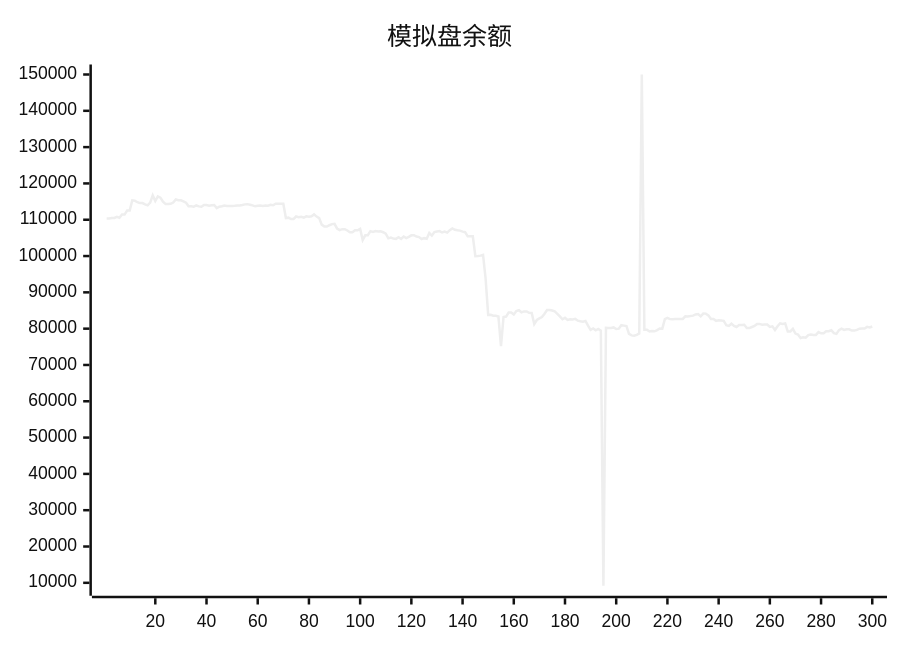
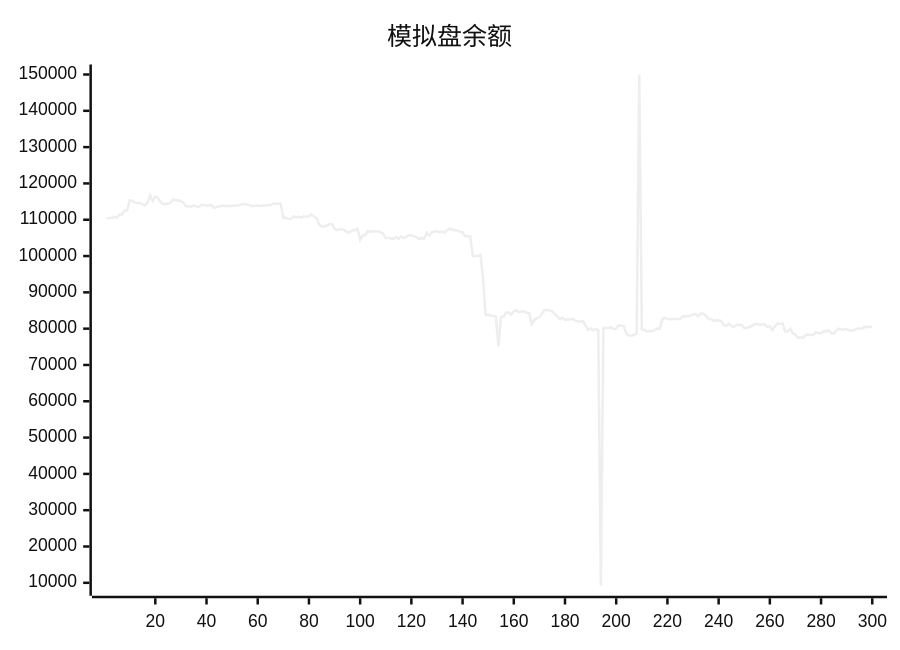
The diagram in README.md (aahl/ai-trading), drawn with Mermaid (neutral theme) before and after one commit. The commit also changed other lines of this file and 1 other file, not shown here.

````diff
--- a/README.md
+++ b/README.md
@@ -5,5 +5,5 @@
 ```mermaid
 xychart
     title "模拟盘余额"
-    line [110342,110342,110488,110488,110814,110531,111421,111421,112518,112522,115341,115266,114830,114584,114588,114231,113973,114726,116697,115160,116423,116083,114950,114365,114365,114388,114730,115582,115358,115358,115032,114686,113688,113688,113610,113930,113672,113585,114083,114074,113840,113996,114051,113208,113593,113701,113901,113794,113784,113810,113848,113927,113929,114064,114232,114293,114144,113960,113698,113853,113942,113812,113908,113877,114091,113998,114427,114422,114384,114384,110477,110576,110198,110198,110890,110712,110812,110569,110929,110847,110968,111478,110870,110433,108661,108116,108115,108485,108797,108877,107536,107134,107393,107393,107046,106565,106565,107081,107081,107478,104404,105715,105749,106866,106651,106889,106771,106816,106565,106141,104876,105103,104796,104734,105169,104690,105380,104941,105272,105709,105739,105374,105227,104691,104924,104762,106364,105628,106608,106748,106872,106485,106721,106468,107132,107620,107224,107080,107001,106717,106567,105431,105431,105440,99950,100017,100113,100337,93749,83795,83807,83567,83567,83342,75168,83222,83336,84448,84449,83896,84839,85065,84499,84757,84757,84364,84347,81254,82385,82835,83184,84099,85150,85150,85002,84751,84096,83356,82582,82983,82404,82572,82512,82688,82200,82047,81920,82125,80840,79688,80060,79552,79920,79470,9193,80236,80208,80170,80336,79894,80006,80954,80837,80712,78561,78139,78037,78293,78682,150000,79720,79720,79214,79372,79279,79591,80046,79993,82625,82950,82626,82571,82633,82670,82670,82681,83386,83378,83464,83579,83920,84037,83402,84160,84142,83652,82655,82655,82145,82315,82243,82163,80934,80770,81371,80742,80468,80989,80989,81067,80191,80155,80450,80737,81309,81309,81106,81119,81119,80471,80631,79624,80670,81448,81290,81429,79212,79222,79940,78643,78380,77432,77623,77504,78235,78358,78284,78277,79048,78714,78714,79290,79308,79567,78763,78563,79603,79988,79652,79813,79813,79476,79469,79673,79995,80015,80015,80486,80314,80600]
+    line [110342,110488,110488,110814,110531,111421,111421,112518,112522,115341,115266,114830,114584,114588,114231,113973,114726,116697,115160,116423,116083,114950,114365,114365,114388,114730,115582,115358,115358,115032,114686,113688,113688,113610,113930,113672,113585,114083,114074,113840,113996,114051,113208,113593,113701,113901,113794,113784,113810,113848,113927,113929,114064,114232,114293,114144,113960,113698,113853,113942,113812,113908,113877,114091,113998,114427,114422,114384,114384,110477,110576,110198,110198,110890,110712,110812,110569,110929,110847,110968,111478,110870,110433,108661,108116,108115,108485,108797,108877,107536,107134,107393,107393,107046,106565,106565,107081,107081,107478,104404,105715,105749,106866,106651,106889,106771,106816,106565,106141,104876,105103,104796,104734,105169,104690,105380,104941,105272,105709,105739,105374,105227,104691,104924,104762,106364,105628,106608,106748,106872,106485,106721,106468,107132,107620,107224,107080,107001,106717,106567,105431,105431,105440,99950,100017,100113,100337,93749,83795,83807,83567,83567,83342,75168,83222,83336,84448,84449,83896,84839,85065,84499,84757,84757,84364,84347,81254,82385,82835,83184,84099,85150,85150,85002,84751,84096,83356,82582,82983,82404,82572,82512,82688,82200,82047,81920,82125,80840,79688,80060,79552,79920,79470,9193,80236,80208,80170,80336,79894,80006,80954,80837,80712,78561,78139,78037,78293,78682,150000,79720,79720,79214,79372,79279,79591,80046,79993,82625,82950,82626,82571,82633,82670,82670,82681,83386,83378,83464,83579,83920,84037,83402,84160,84142,83652,82655,82655,82145,82315,82243,82163,80934,80770,81371,80742,80468,80989,80989,81067,80191,80155,80450,80737,81309,81309,81106,81119,81119,80471,80631,79624,80670,81448,81290,81429,79212,79222,79940,78643,78380,77432,77623,77504,78235,78358,78284,78277,79048,78714,78714,79290,79308,79567,78763,78563,79603,79988,79652,79813,79813,79476,79469,79673,79995,80015,80015,80486,80314,80600,80436]
 ```
````
